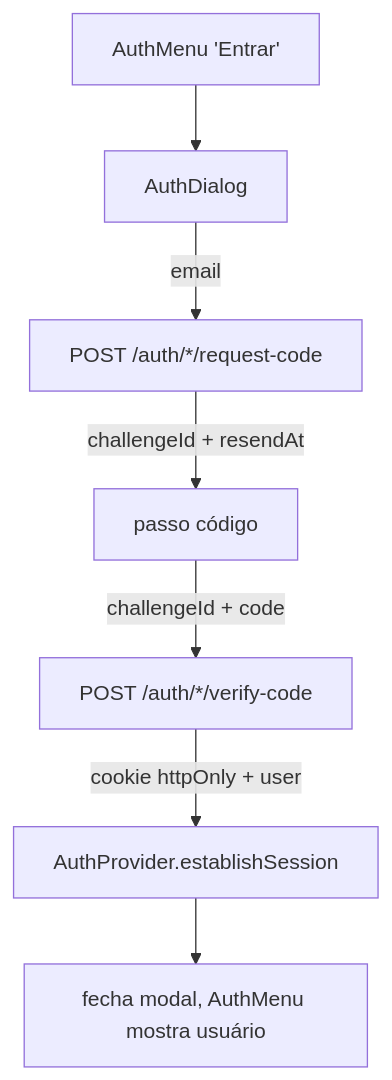
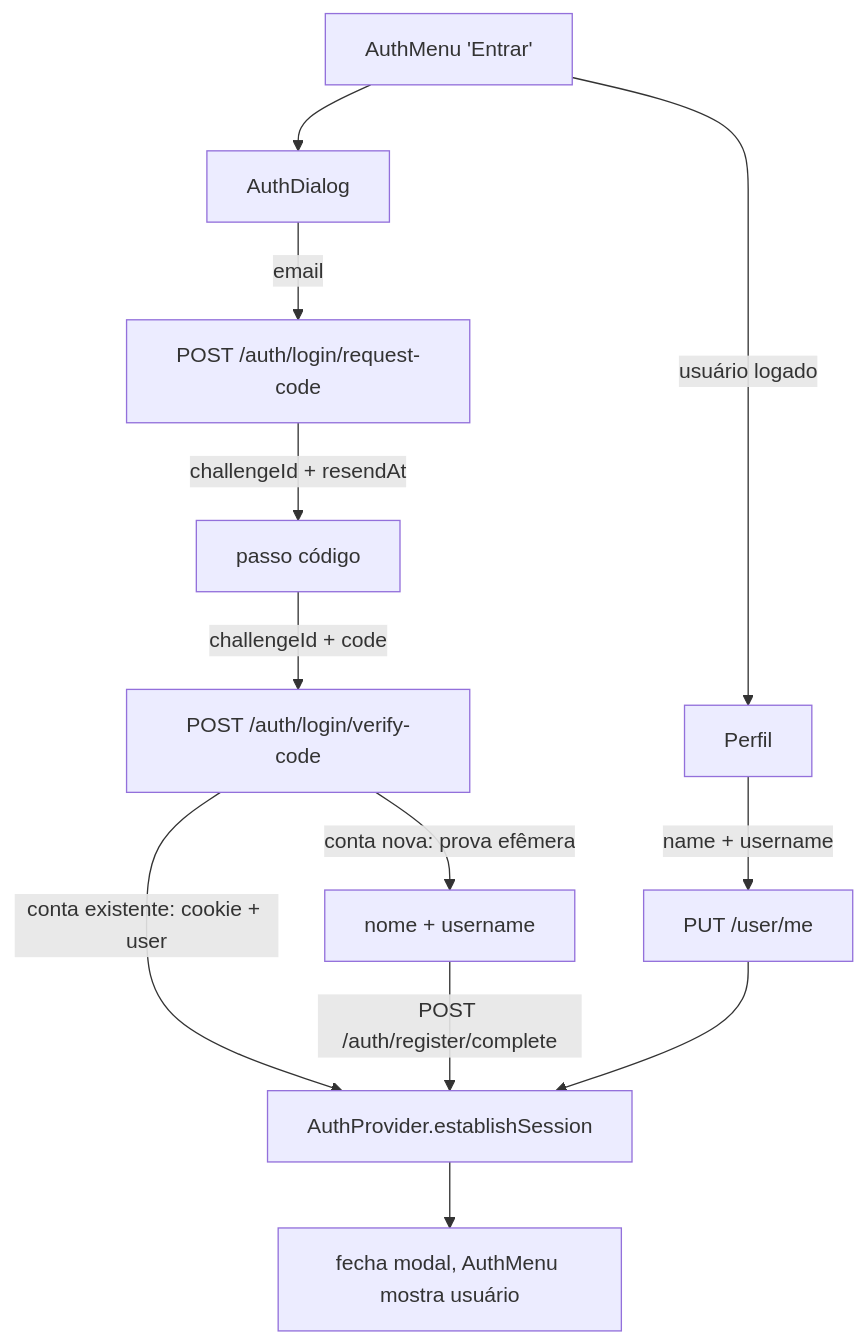
The second of 2 diagrams in doc/admin/area-admin.md (RaeII/cidoa), drawn with Mermaid before and after one commit. The commit also changed other lines of this file and 13 other files, not shown here.

````diff
--- a/doc/admin/area-admin.md
+++ b/doc/admin/area-admin.md
@@ -125,9 +129,14 @@
 ```mermaid
 flowchart TD
     Btn[AuthMenu 'Entrar'] --> Modal[AuthDialog]
-    Modal -->|email| RC[POST /auth/*/request-code]
+    Modal -->|email| RC[POST /auth/login/request-code]
     RC -->|challengeId + resendAt| Code[passo código]
-    Code -->|challengeId + code| VC[POST /auth/*/verify-code]
-    VC -->|cookie httpOnly + user| AP[AuthProvider.establishSession]
+    Code -->|challengeId + code| VC[POST /auth/login/verify-code]
+    VC -->|conta existente: cookie + user| AP[AuthProvider.establishSession]
+    VC -->|conta nova: prova efêmera| Cadastro[nome + username]
+    Cadastro -->|POST /auth/register/complete| AP
     AP --> Close[fecha modal, AuthMenu mostra usuário]
+    Btn -->|usuário logado| Profile[Perfil]
+    Profile -->|name + username| Update[PUT /user/me]
+    Update --> AP
 ```
````
